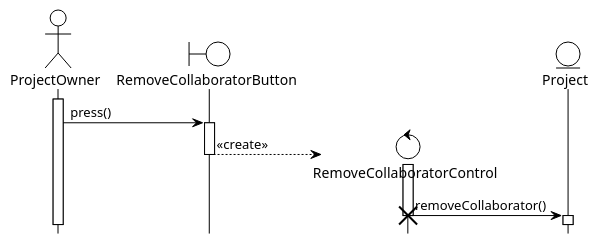
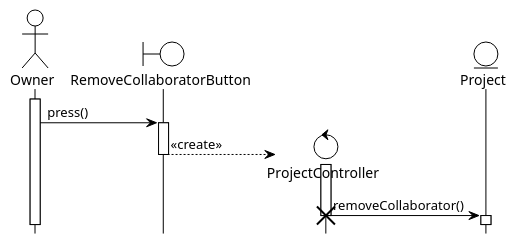
The diagram in Use case sequence diagrams/RemoveCollaborator.puml (BlueMango10/Project-uml), drawn with PlantUML before and after one commit. The commit also changed 22 other files, not shown here.

Commit message:
redfined sequence diagrams and use case

```diff
--- a/Use case sequence diagrams/RemoveCollaborator.puml
+++ b/Use case sequence diagrams/RemoveCollaborator.puml
@@ -1,23 +1,23 @@
 @startuml RemoveCollaborator
 !theme plain
 hide footbox
-actor ProjectOwner as po
+actor Owner as po
 boundary RemoveCollaboratorButton as rcb
-control RemoveCollaboratorControl as rcc
+control ProjectController as rcc
 entity Project as p
 
 activate po
 
 po -> rcb : press()
 activate rcb
 
 create rcc
 rcb --> rcc : <<create>>
 deactivate rcb
 activate rcc
 
 rcc -> p : removeCollaborator()
 destroy rcc
 activate p
 deactivate p
 @enduml
```
